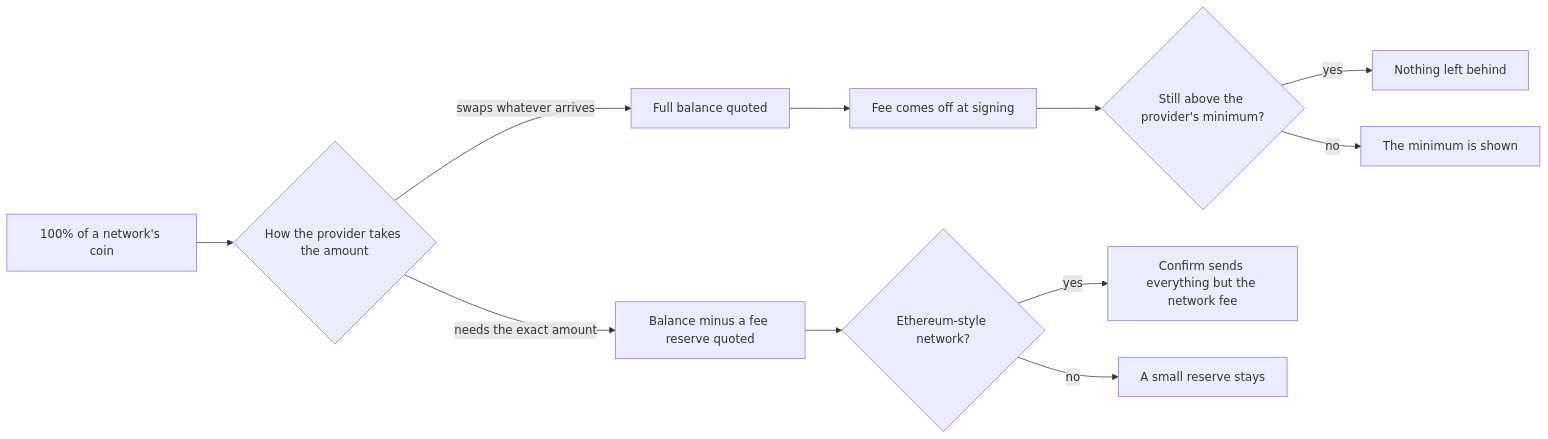
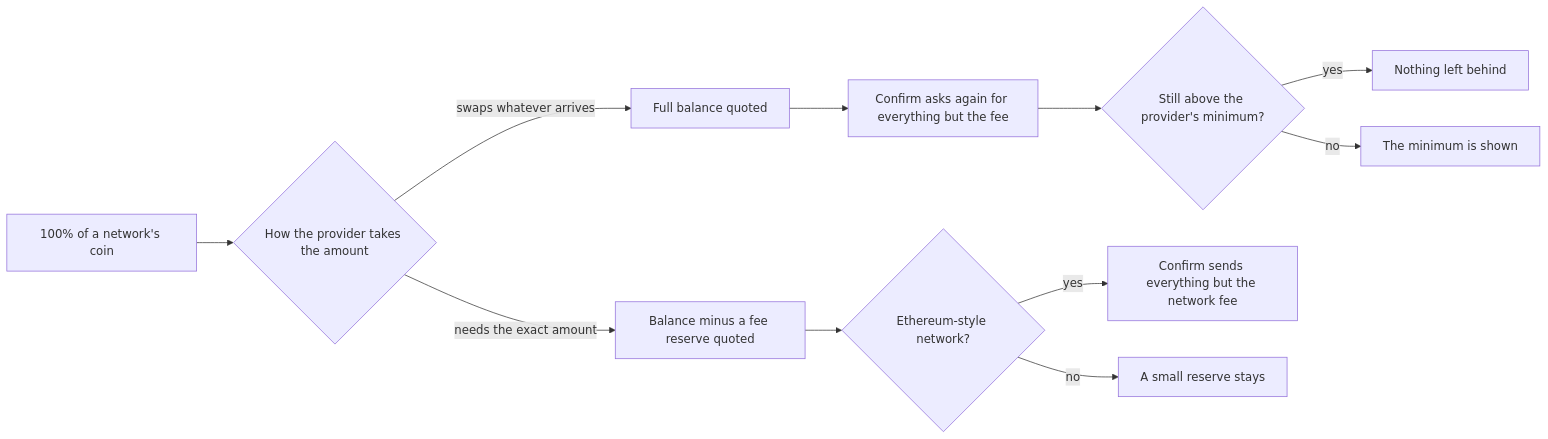
Before and after one commit to gemwalletcom/wallet: the third of 3 diagrams in docs/product/swap.md, drawn with Mermaid. The commit also changed other lines of this file and 21 other files, not shown here.

First line of the commit message:
Swap all but the fee and enforce Minimum Receive on THORChain

````diff
--- a/docs/product/swap.md
+++ b/docs/product/swap.md
@@ -43,10 +43,10 @@
 ```mermaid
 flowchart LR
     A[100% of a network's coin] --> B{How the provider takes the amount}
-    B -- swaps whatever arrives --> C[Full balance quoted] --> D[Fee comes off at signing] --> E{Still above the provider's minimum?}
+    B -- swaps whatever arrives --> C[Full balance quoted] --> D[Confirm asks again for everything but the fee] --> E{Still above the provider's minimum?}
     E -- yes --> F[Nothing left behind]
     E -- no --> G[The minimum is shown]
     B -- needs the exact amount --> H[Balance minus a fee reserve quoted] --> I{Ethereum-style network?}
     I -- yes --> J[Confirm sends everything but the network fee]
     I -- no --> K[A small reserve stays]
 ```
````
